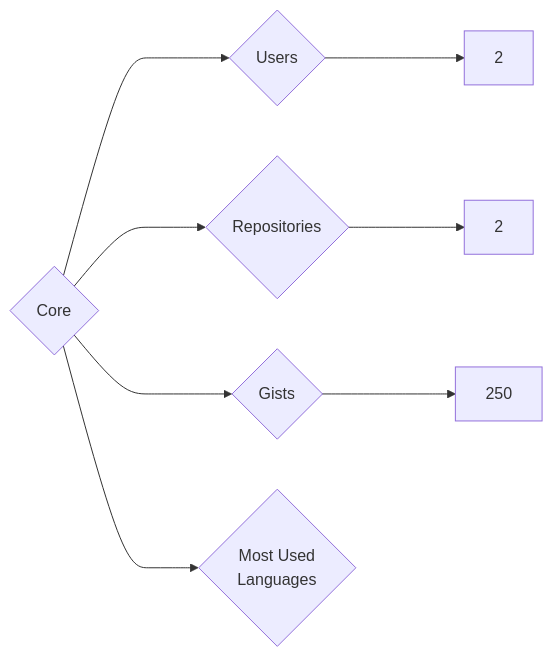
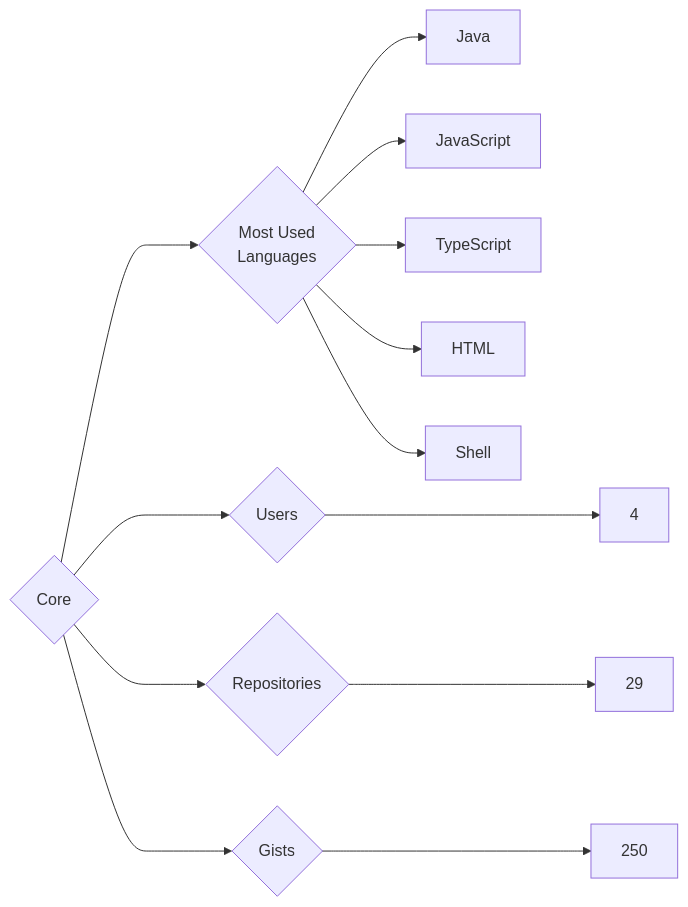
The diagram in targets/Core/README.md (trickest/insiders), drawn with Mermaid before and after one commit. The commit also changed 912 other files, not shown here.

````diff
--- a/targets/Core/README.md
+++ b/targets/Core/README.md
@@ -3,8 +3,13 @@
 ```mermaid
 graph LR
 COMPANY_NAME{Core}
-COMPANY_NAME ---> U{Users} ---> UN[2]
-COMPANY_NAME ---> R{Repositories} ---> RN[2]
+COMPANY_NAME ---> U{Users} ---> UN[4]
+COMPANY_NAME ---> R{Repositories} ---> RN[29]
 COMPANY_NAME ---> G{Gists} ---> GN[250]
 COMPANY_NAME ---> ML{Most Used<br>Languages}
+ML --> Java[Java]
+ML --> JavaScript[JavaScript]
+ML --> TypeScript[TypeScript]
+ML --> HTML[HTML]
+ML --> Shell[Shell]
 ```
````
